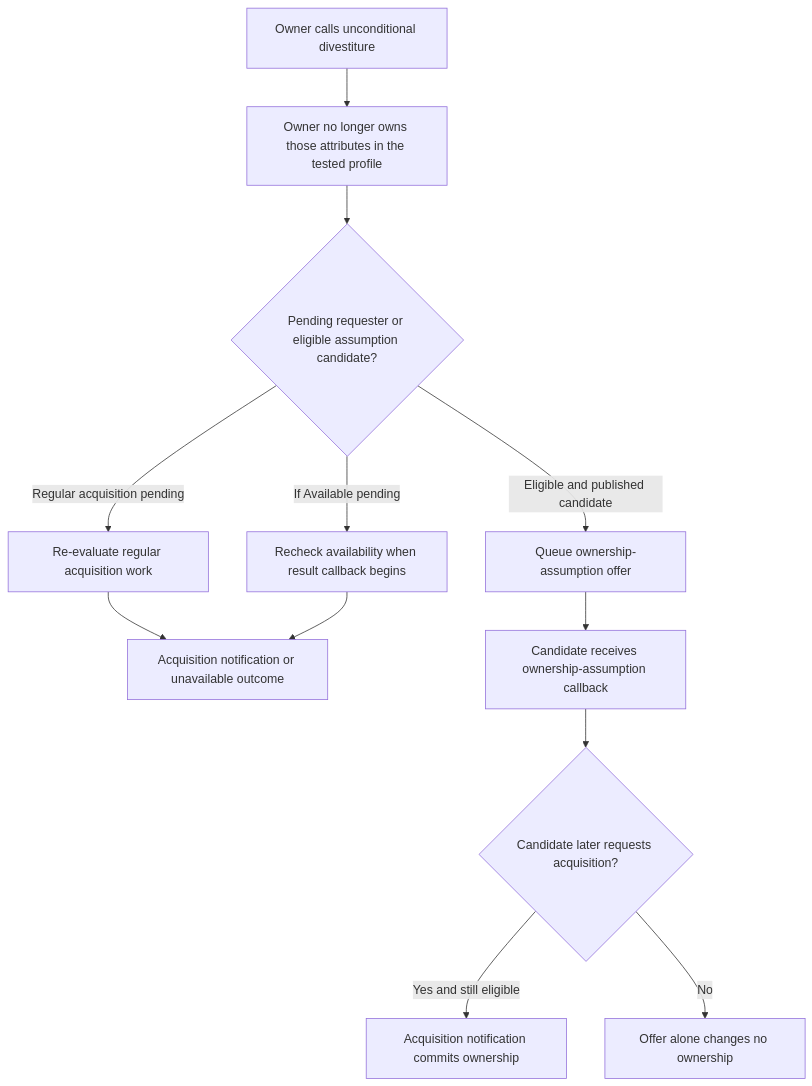
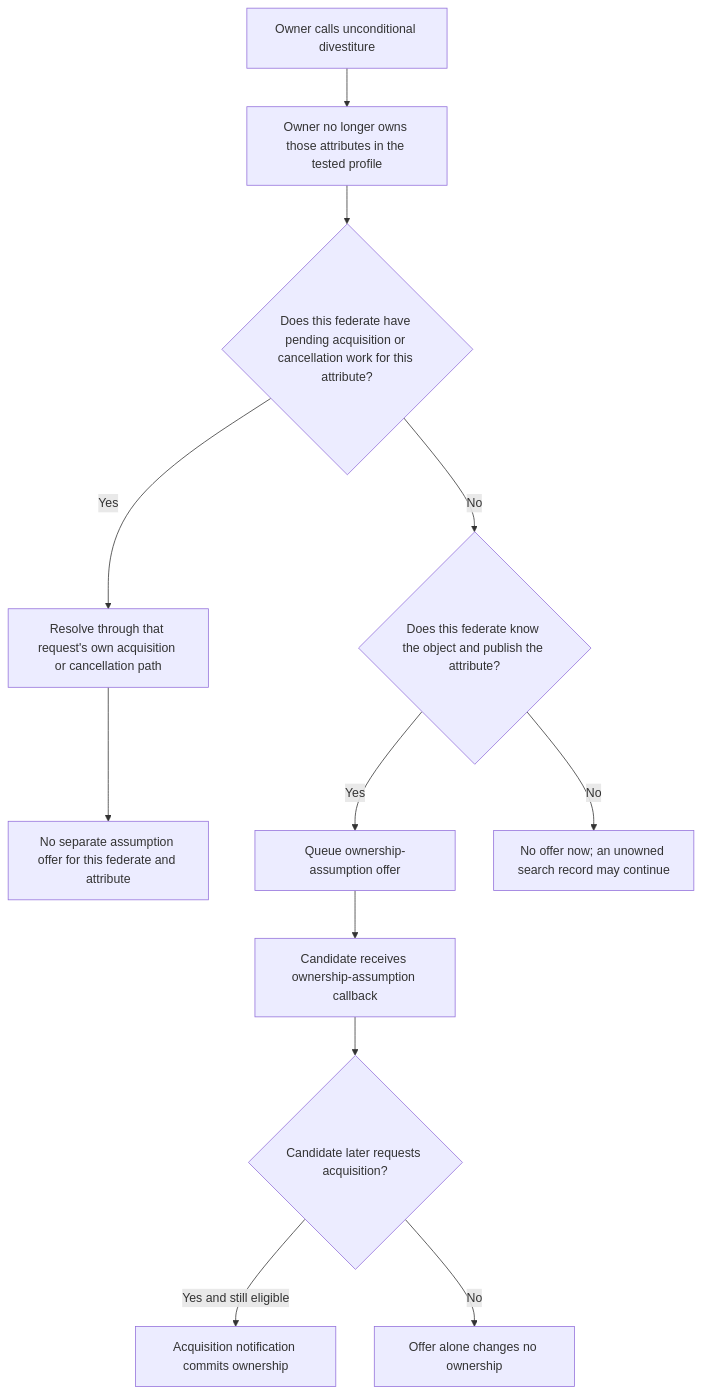
One commit to sheepfling/umbra changed diagram 23 of 36 in docs/design/HLA-2025-ATTRIBUTE-OWNERSHIP-FLOW-GUIDE.md. Above: the diagram before and after it, drawn with Mermaid. The commit also changed other lines of this file and 39 other files, not shown here.

Commit message:
Document IEEE 1516.1-2025 behavior flows

````diff
--- a/docs/design/HLA-2025-ATTRIBUTE-OWNERSHIP-FLOW-GUIDE.md
+++ b/docs/design/HLA-2025-ATTRIBUTE-OWNERSHIP-FLOW-GUIDE.md
@@ -1172,14 +1552,14 @@
 ```mermaid
 flowchart TD
   A[Owner calls unconditional divestiture] --> B[Owner no longer owns those attributes in the tested profile]
-  B --> C{Pending requester or eligible assumption candidate?}
-  C -->|Regular acquisition pending| D[Re-evaluate regular acquisition work]
-  C -->|If Available pending| E[Recheck availability when result callback begins]
-  C -->|Eligible and published candidate| F[Queue ownership-assumption offer]
-  D --> G[Acquisition notification or unavailable outcome]
-  E --> G
-  F --> H[Candidate receives ownership-assumption callback]
-  H --> I{Candidate later requests acquisition?}
-  I -->|Yes and still eligible| J[Acquisition notification commits ownership]
-  I -->|No| K[Offer alone changes no ownership]
+  B --> C{Does this federate have pending acquisition or cancellation work for this attribute?}
+  C -->|Yes| D[Resolve through that request's own acquisition or cancellation path]
+  D --> E[No separate assumption offer for this federate and attribute]
+  C -->|No| F{Does this federate know the object and publish the attribute?}
+  F -->|Yes| G[Queue ownership-assumption offer]
+  F -->|No| H[No offer now; an unowned search record may continue]
+  G --> I[Candidate receives ownership-assumption callback]
+  I --> J{Candidate later requests acquisition?}
+  J -->|Yes and still eligible| K[Acquisition notification commits ownership]
+  J -->|No| L[Offer alone changes no ownership]
 ```
````
